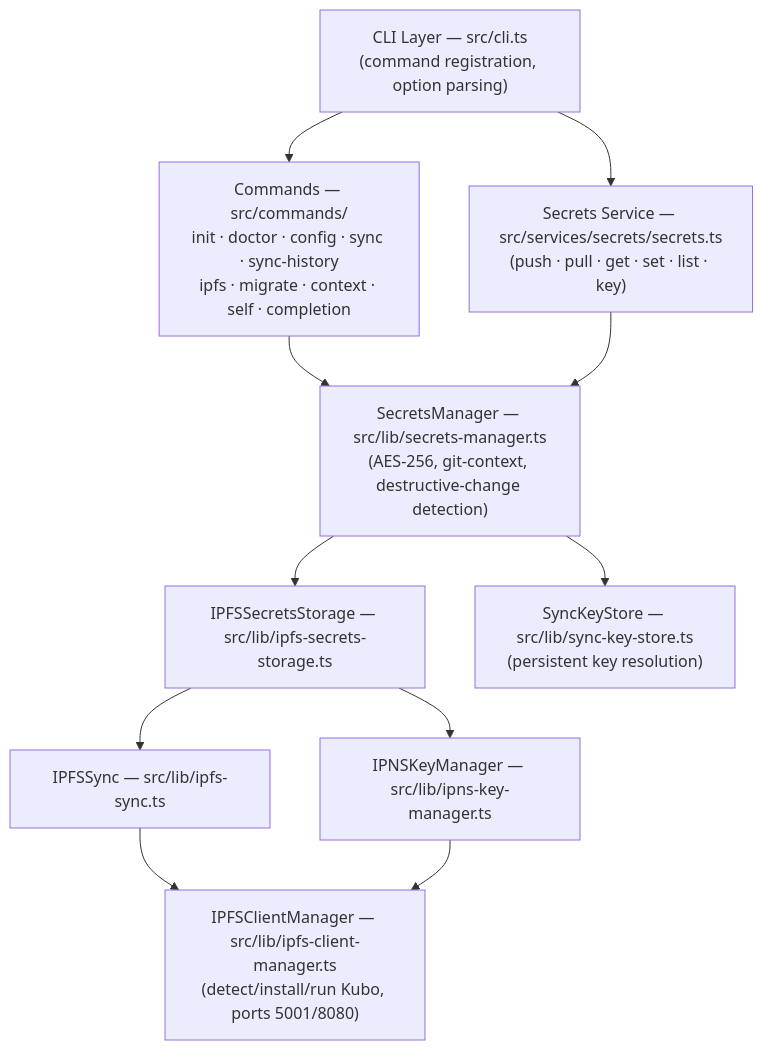
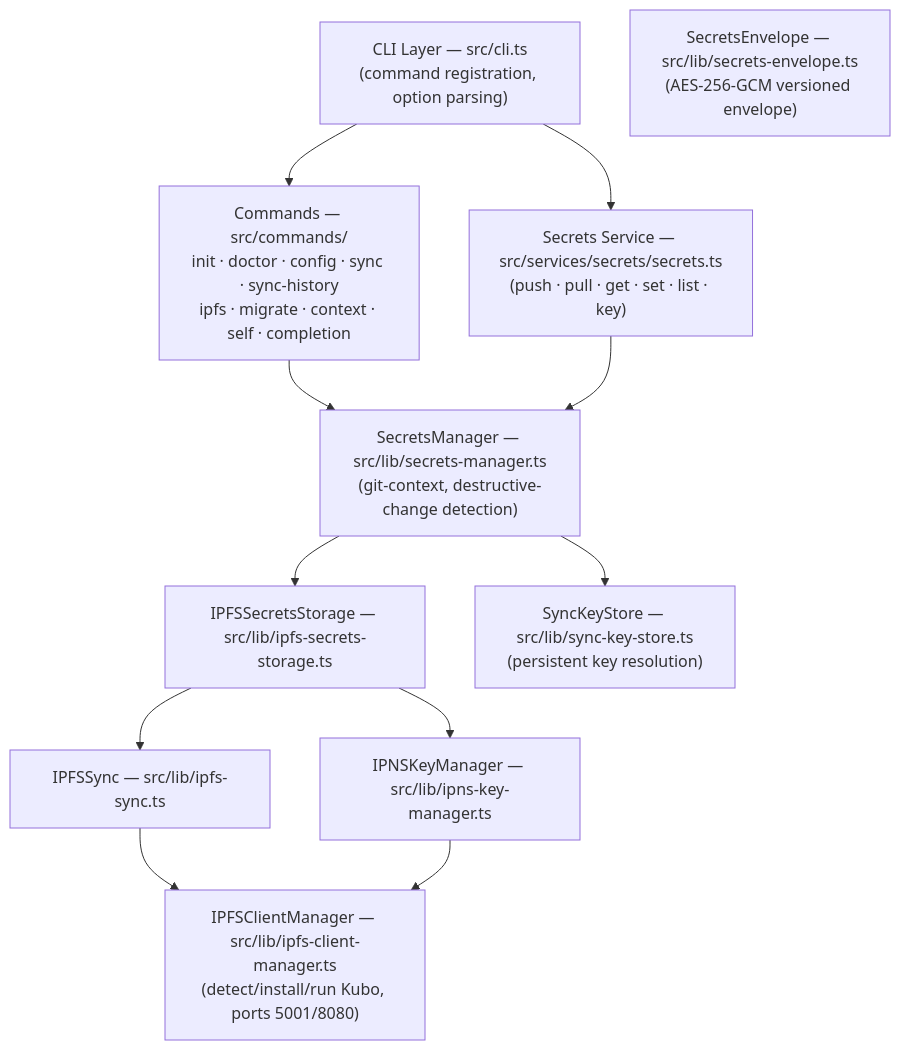
One commit to gwicho38/lsh changed the first of 3 diagrams in docs/ARCHITECTURE.md. Above: the diagram before and after it, drawn with Mermaid. The commit also changed other lines of this file and 18 other files, not shown here.

First line of the commit message:
fix(secrets): versioned AEAD envelope on every active sync path (closes #221) (#241)

````diff
--- a/docs/ARCHITECTURE.md
+++ b/docs/ARCHITECTURE.md
@@ -19,23 +19,24 @@
 ```mermaid
 flowchart TD
     CLI["CLI Layer — src/cli.ts<br/>(command registration, option parsing)"]
     CMD["Commands — src/commands/<br/>init · doctor · config · sync · sync-history<br/>ipfs · migrate · context · self · completion"]
     SVC["Secrets Service — src/services/secrets/secrets.ts<br/>(push · pull · get · set · list · key)"]
-    SM["SecretsManager — src/lib/secrets-manager.ts<br/>(AES-256, git-context, destructive-change detection)"]
+    SM["SecretsManager — src/lib/secrets-manager.ts<br/>(git-context, destructive-change detection)"]
+    ENV["SecretsEnvelope — src/lib/secrets-envelope.ts<br/>(AES-256-GCM versioned envelope)"]
     STORE["IPFSSecretsStorage — src/lib/ipfs-secrets-storage.ts"]
     SYNC["IPFSSync — src/lib/ipfs-sync.ts"]
     IPNS["IPNSKeyManager — src/lib/ipns-key-manager.ts"]
     KUBO["IPFSClientManager — src/lib/ipfs-client-manager.ts<br/>(detect/install/run Kubo, ports 5001/8080)"]
     KEYS["SyncKeyStore — src/lib/sync-key-store.ts<br/>(persistent key resolution)"]
 
     CLI --> CMD
     CLI --> SVC
     CMD --> SM
     SVC --> SM
     SM --> STORE
     SM --> KEYS
     STORE --> SYNC
     STORE --> IPNS
     SYNC --> KUBO
     IPNS --> KUBO
 ```
````
